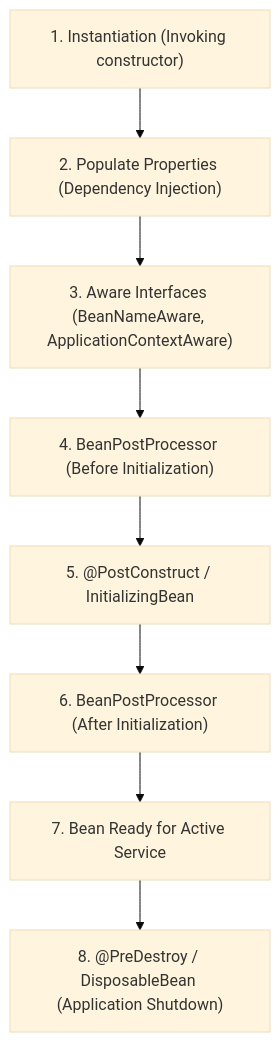
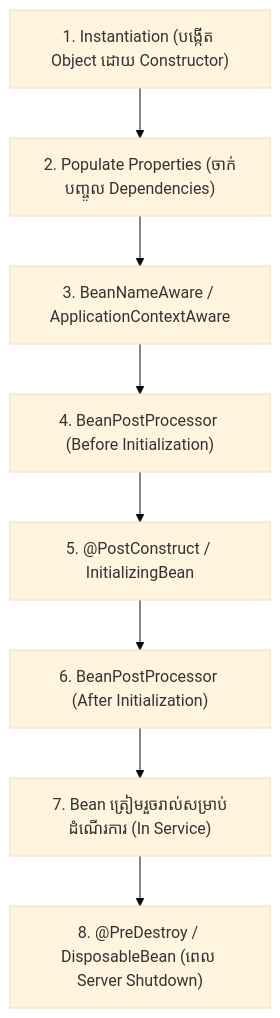
Before and after one commit to sakousa856-sketch/java-spring-for-developers-khmer: the diagram in 04-spring-boot/02-spring-core-concept/04-spring-bean-lifecycle/README.md, drawn with Mermaid (base theme). The commit also changed other lines of this file and 290 other files, not shown here.

````diff
--- a/04-spring-boot/02-spring-core-concept/04-spring-bean-lifecycle/README.md
+++ b/04-spring-boot/02-spring-core-concept/04-spring-bean-lifecycle/README.md
@@ -17,10 +15,11 @@
 ```mermaid
 flowchart TD
-    A["1. Instantiation (Invoking constructor)"] --> B["2. Populate Properties (Dependency Injection)"]
-    B --> C["3. Aware Interfaces (BeanNameAware, ApplicationContextAware)"]
+    A["1. Instantiation (បង្កើត Object ដោយ Constructor)"] --> B["2. Populate Properties (ចាក់បញ្ចូល Dependencies)"]
+    B --> C["3. BeanNameAware / ApplicationContextAware"]
     C --> D["4. BeanPostProcessor (Before Initialization)"]
     D --> E["5. @PostConstruct / InitializingBean"]
     E --> F["6. BeanPostProcessor (After Initialization)"]
-    F --> G["7. Bean Ready for Active Service"]
-    G --> H["8. @PreDestroy / DisposableBean (Application Shutdown)"]
+    F --> G["7. Bean ត្រៀមរួចរាល់សម្រាប់ដំណើរការ (In Service)"]
+    G --> H["8. @PreDestroy / DisposableBean (ពេល Server Shutdown)"]
+
 ```
````
